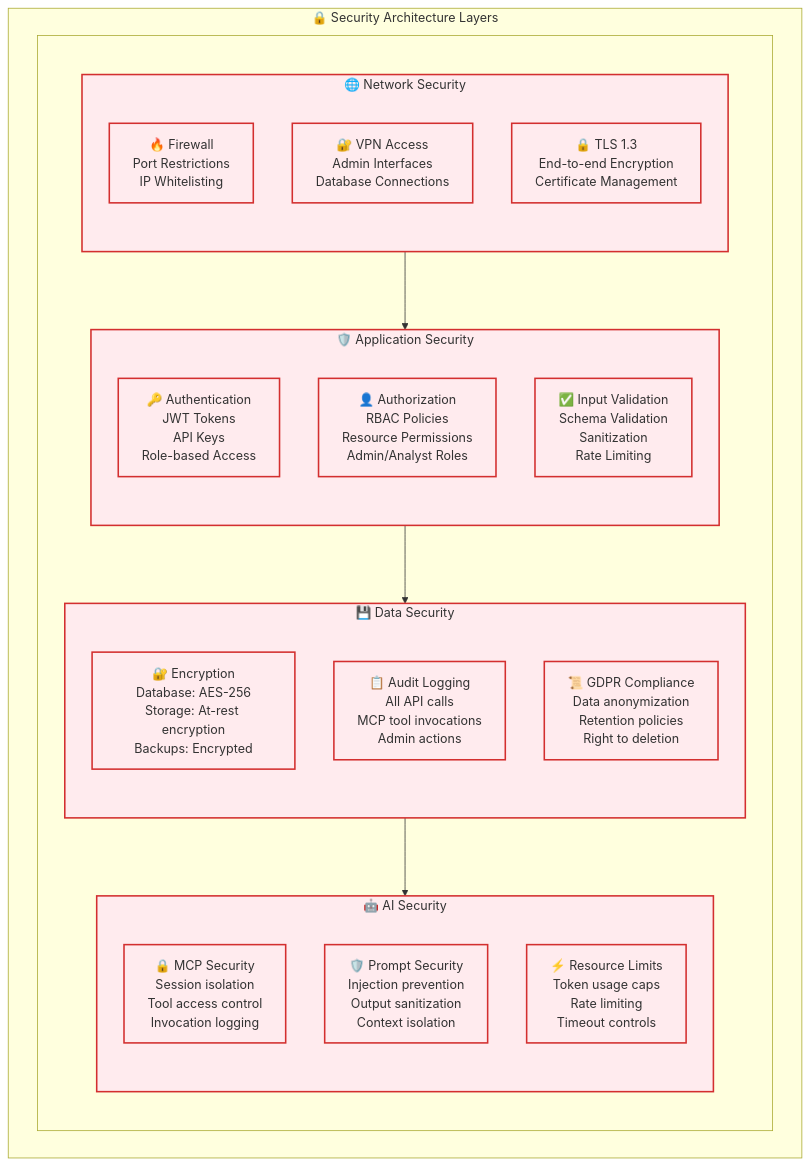
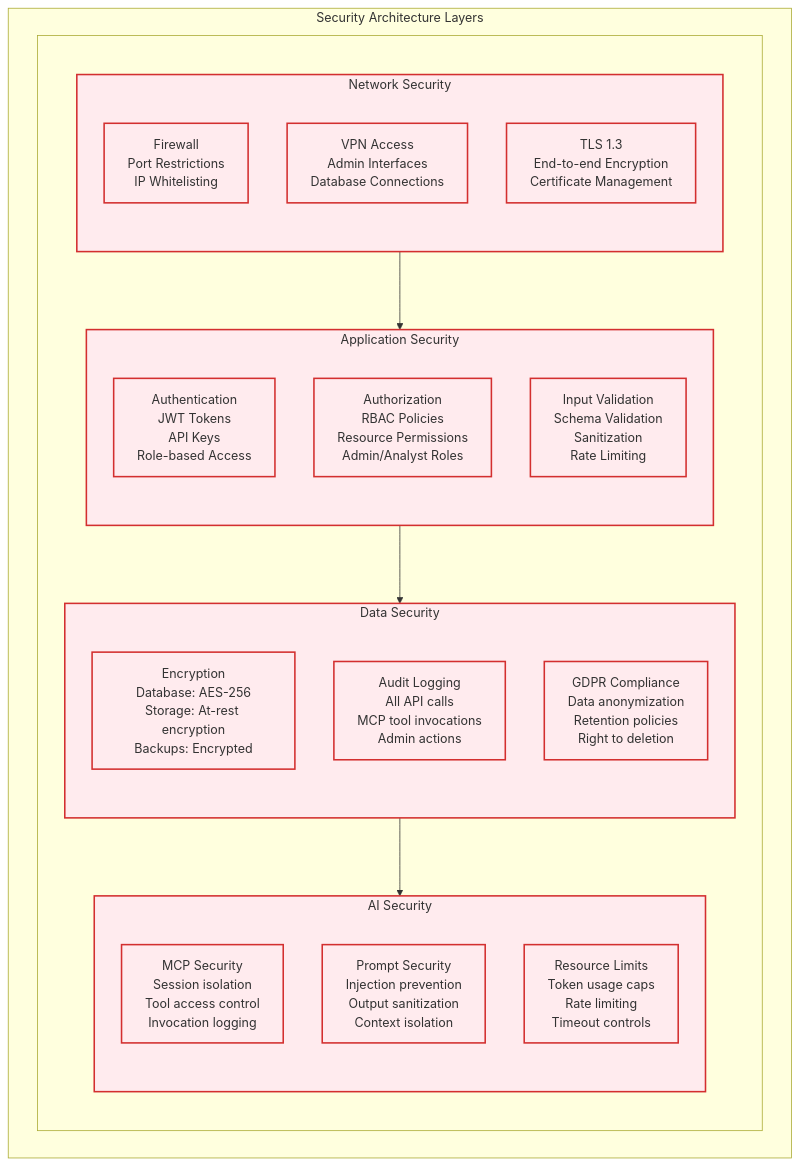
One commit to Elie-Saliba/security-projects-meta changed the fourth of 4 diagrams in Appendices/ai-security/as-system-architecture-diagram.md. Above: the diagram before and after it, drawn with Mermaid. The commit also changed other lines of this file, not shown here.

````diff
--- a/Appendices/ai-security/as-system-architecture-diagram.md
+++ b/Appendices/ai-security/as-system-architecture-diagram.md
@@ -378,41 +386,41 @@
 ```mermaid
 graph TB
-    subgraph Security["🔒 Security Architecture Layers"]
+    subgraph Security["Security Architecture Layers"]
         subgraph SecuritySub[" "]
         
-        subgraph Network["🌐 Network Security"]
-            FW[🔥 Firewall<br/>Port Restrictions<br/>IP Whitelisting]
-            VPN[🔐 VPN Access<br/>Admin Interfaces<br/>Database Connections]
-            TLS[🔒 TLS 1.3<br/>End-to-end Encryption<br/>Certificate Management]
+        subgraph Network["Network Security"]
+            FW[Firewall<br/>Port Restrictions<br/>IP Whitelisting]
+            VPN[VPN Access<br/>Admin Interfaces<br/>Database Connections]
+            TLS[TLS 1.3<br/>End-to-end Encryption<br/>Certificate Management]
         end
         
-        subgraph App["🛡️ Application Security"]
-            AUTH[🔑 Authentication<br/>JWT Tokens<br/>API Keys<br/>Role-based Access]
-            RBAC[👤 Authorization<br/>RBAC Policies<br/>Resource Permissions<br/>Admin/Analyst Roles]
-            VALID[✅ Input Validation<br/>Schema Validation<br/>Sanitization<br/>Rate Limiting]
+        subgraph App["Application Security"]
+            AUTH[Authentication<br/>JWT Tokens<br/>API Keys<br/>Role-based Access]
+            RBAC[Authorization<br/>RBAC Policies<br/>Resource Permissions<br/>Admin/Analyst Roles]
+            VALID[Input Validation<br/>Schema Validation<br/>Sanitization<br/>Rate Limiting]
         end
         
-        subgraph Data["💾 Data Security"]
-            ENCRYPT[🔐 Encryption<br/>Database: AES-256<br/>Storage: At-rest encryption<br/>Backups: Encrypted]
-            AUDIT[📋 Audit Logging<br/>All API calls<br/>MCP tool invocations<br/>Admin actions]
-            GDPR[📜 GDPR Compliance<br/>Data anonymization<br/>Retention policies<br/>Right to deletion]
+        subgraph Data["Data Security"]
+            ENCRYPT[Encryption<br/>Database: AES-256<br/>Storage: At-rest encryption<br/>Backups: Encrypted]
+            AUDIT[Audit Logging<br/>All API calls<br/>MCP tool invocations<br/>Admin actions]
+            GDPR[GDPR Compliance<br/>Data anonymization<br/>Retention policies<br/>Right to deletion]
         end
         
-        subgraph AI["🤖 AI Security"]
-            MCP_SEC[🔒 MCP Security<br/>Session isolation<br/>Tool access control<br/>Invocation logging]
-            PROMPT[🛡️ Prompt Security<br/>Injection prevention<br/>Output sanitization<br/>Context isolation]
-            LIMITS[⚡ Resource Limits<br/>Token usage caps<br/>Rate limiting<br/>Timeout controls]
+        subgraph AI["AI Security"]
+            MCP_SEC[MCP Security<br/>Session isolation<br/>Tool access control<br/>Invocation logging]
+            PROMPT[Prompt Security<br/>Injection prevention<br/>Output sanitization<br/>Context isolation]
+            LIMITS[Resource Limits<br/>Token usage caps<br/>Rate limiting<br/>Timeout controls]
         end
         
         end
     end
     
     %% Security Flow
     Network --> App
     App --> Data
     Data --> AI
     
     %% Styling
     classDef security fill:#ffebee,stroke:#d32f2f,stroke-width:2px
     class Network,App,Data,AI,FW,VPN,TLS,AUTH,RBAC,VALID,ENCRYPT,AUDIT,GDPR,MCP_SEC,PROMPT,LIMITS security
 ```
````
